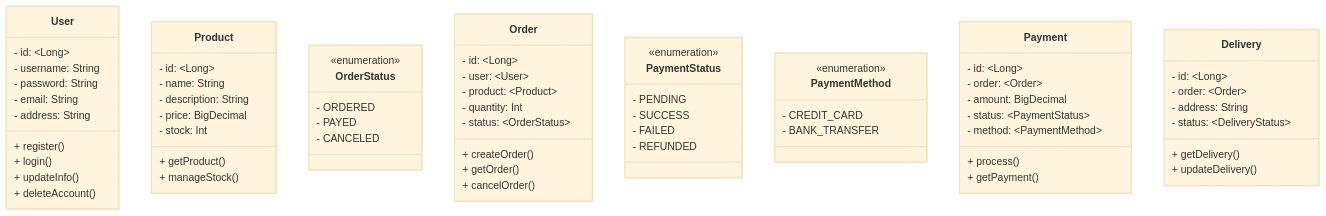
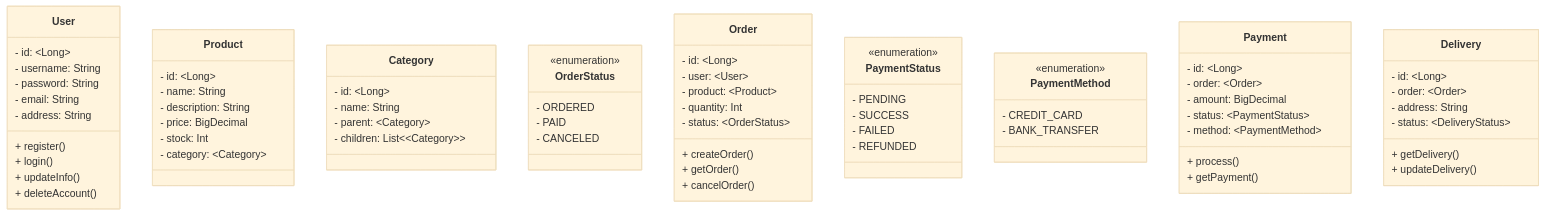
One commit to study-111/commerce-system-be changed the diagram in README.md. Above: the diagram before and after it, drawn with Mermaid (base theme). The commit also changed 37 other files, not shown here.

````diff
--- a/README.md
+++ b/README.md
@@ -33,75 +33,81 @@
 ```mermaid
 classDiagram
     class User {
         - id: ~Long~
         - username: String
         - password: String
         - email: String
         - address: String
         + register()
         + login()
         + updateInfo()
         + deleteAccount()
     }
 
     class Product {
         - id: ~Long~
         - name: String
         - description: String
         - price: BigDecimal
         - stock: Int
-        + getProduct()
-        + manageStock()
+        - category: ~Category~
+    }
+
+    class Category {
+        - id: ~Long~
+        - name: String
+        - parent: ~Category~
+        - children: List<~Category~>
     }
 
     class OrderStatus {
         <<enumeration>>
         - ORDERED
-        - PAYED
+        - PAID
         - CANCELED
     }
 
     class Order {
         - id: ~Long~
         - user: ~User~
         - product: ~Product~
         - quantity: Int
         - status: ~OrderStatus~
         + createOrder()
         + getOrder()
         + cancelOrder()
     }
 
     class PaymentStatus {
         <<enumeration>>
         - PENDING
         - SUCCESS
         - FAILED
         - REFUNDED
     }
 
     class PaymentMethod {
         <<enumeration>>
         - CREDIT_CARD
         - BANK_TRANSFER
     }
 
     class Payment {
         - id: ~Long~
         - order: ~Order~
         - amount: BigDecimal
         - status: ~PaymentStatus~
         - method: ~PaymentMethod~
         + process()
         + getPayment()
     }
 
     class Delivery {
         - id: ~Long~
         - order: ~Order~
         - address: String
         - status: ~DeliveryStatus~
         + getDelivery()
         + updateDelivery()
     }
 ```
````
